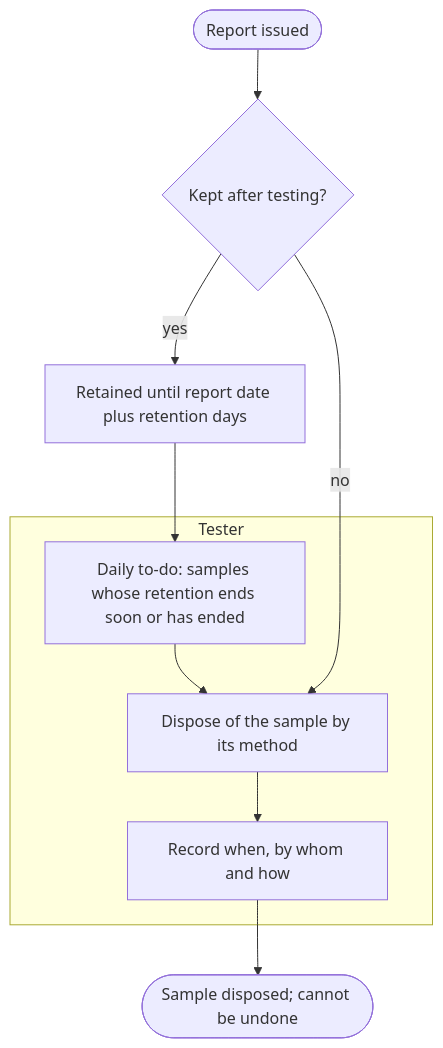
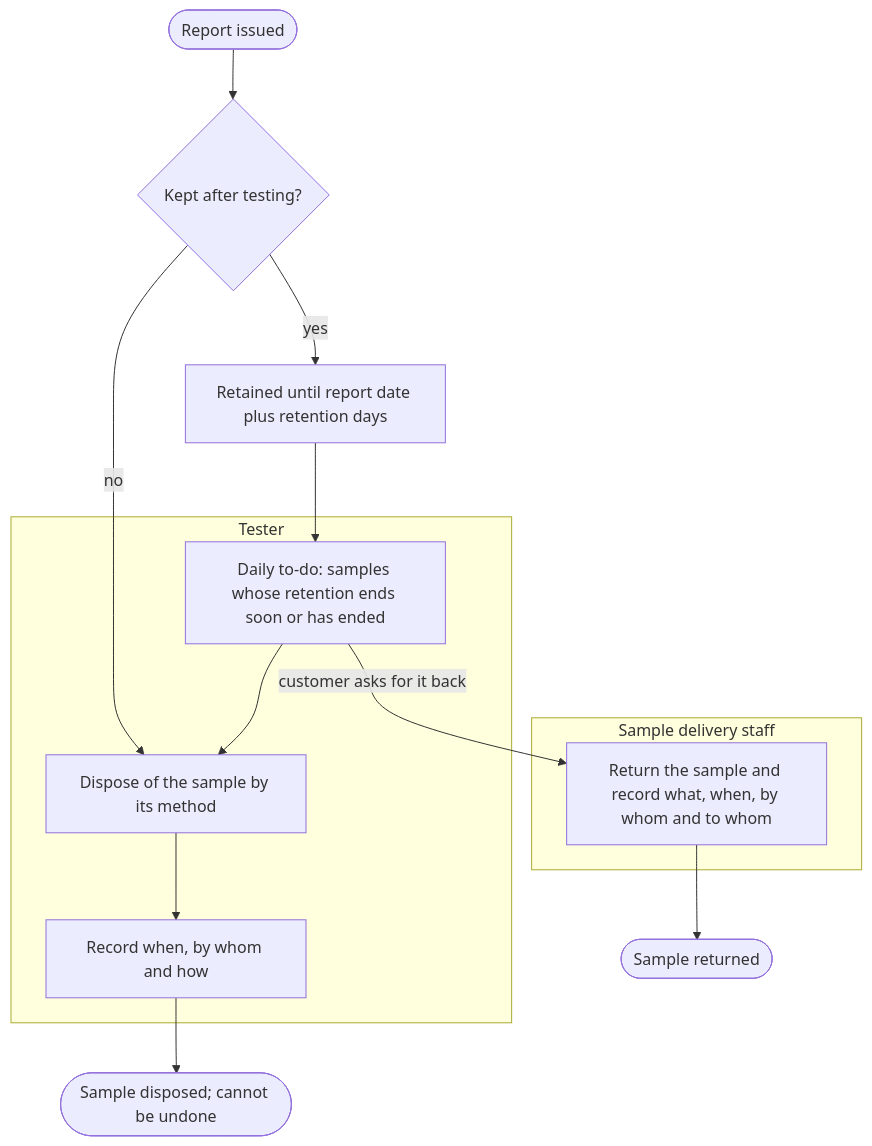
Before and after one commit to SoltuneMontepre/medilab: the tenth of 17 diagrams in docs/functional/business-flows.md, drawn with Mermaid. The commit also changed other lines of this file and 27 other files, not shown here.

````diff
--- a/docs/functional/business-flows.md
+++ b/docs/functional/business-flows.md
@@ -467,12 +462,16 @@
 ```mermaid
 flowchart TD
     subgraph lane26 ["Tester"]
         t1["Daily to-do: samples whose retention ends soon or has ended"]
         t2[Dispose of the sample by its method]
         t3[Record when, by whom and how]
     end
+    subgraph lane66 ["Sample delivery staff"]
+        d1[Return the sample and record what, when, by whom and to whom]
+    end
     start([Report issued]) --> keep{Kept after testing?}
     keep -->|yes| retained[Retained until report date plus retention days] --> t1 --> t2
+    t1 -->|customer asks for it back| d1 --> returned(["Sample returned"])
     keep -->|no| t2
     t2 --> t3 --> done(["Sample disposed; cannot be undone"])
 ```
````
